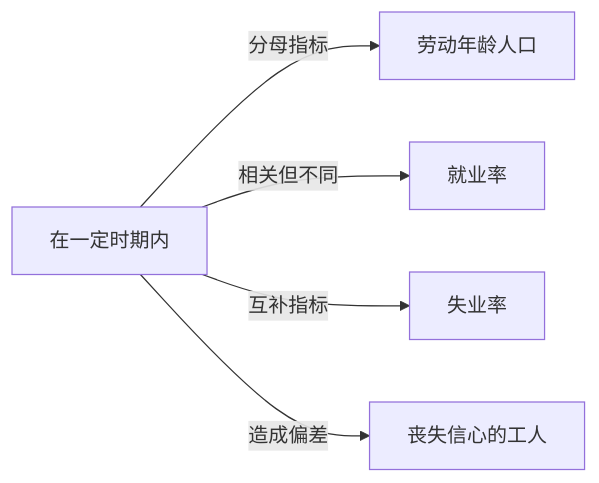
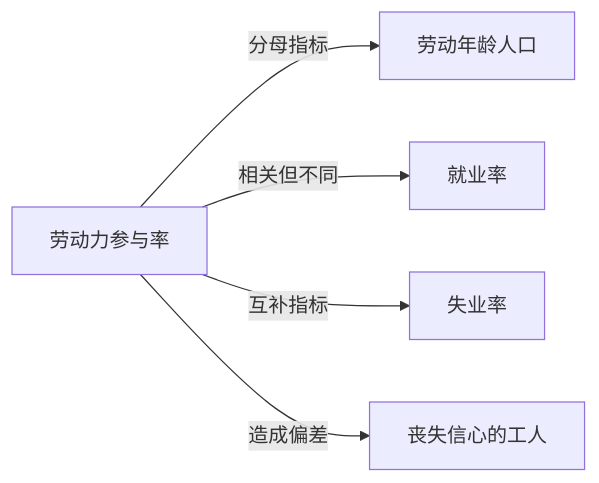
The diagram in Knowledge/Concepts/经济/劳动力参与率.md (KIMMCHOW/MyKnowledge), drawn with Mermaid before and after one commit. The commit also changed 96 other files, not shown here.

Commit message:
fix: 修复概念页关系图节点并补齐缺失关联

````diff
--- a/Knowledge/Concepts/经济/劳动力参与率.md
+++ b/Knowledge/Concepts/经济/劳动力参与率.md
@@ -43,7 +43,7 @@
 ```mermaid
 graph LR
-    在一定时期内 -->|分母指标| 劳动年龄人口
-    在一定时期内 -->|相关但不同| 就业率
-    在一定时期内 -->|互补指标| 失业率
-    在一定时期内 -->|造成偏差| 丧失信心的工人
+劳动力参与率 -->|分母指标| 劳动年龄人口
+劳动力参与率 -->|相关但不同| 就业率
+劳动力参与率 -->|互补指标| 失业率
+劳动力参与率 -->|造成偏差| 丧失信心的工人
 ```
````
